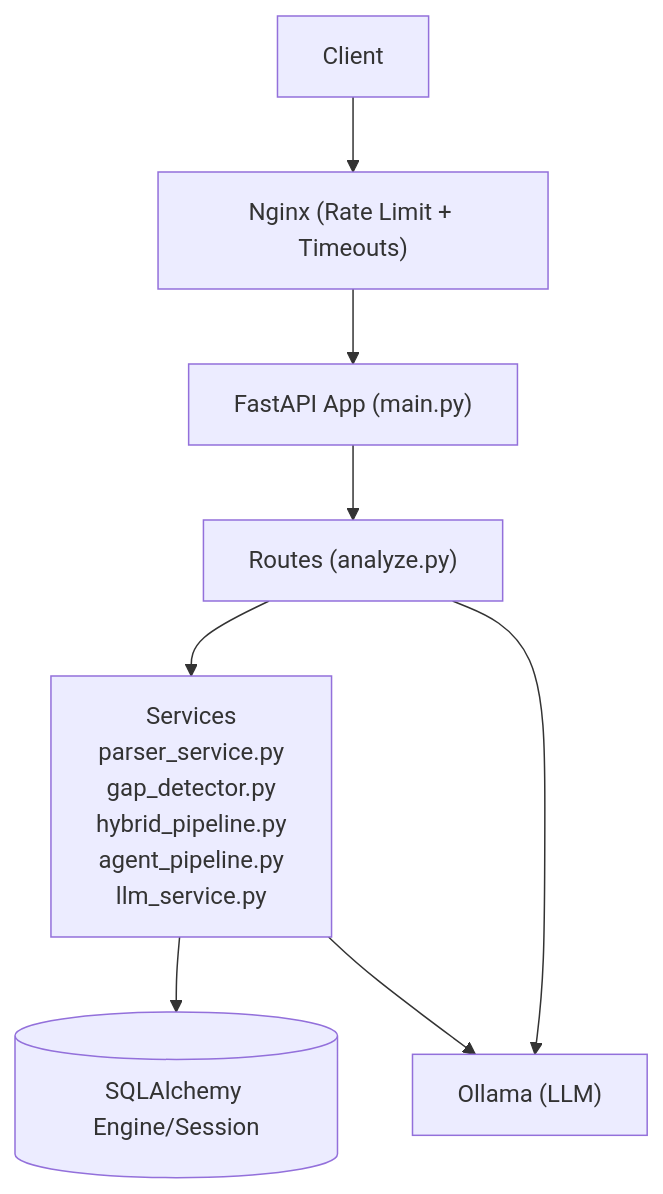
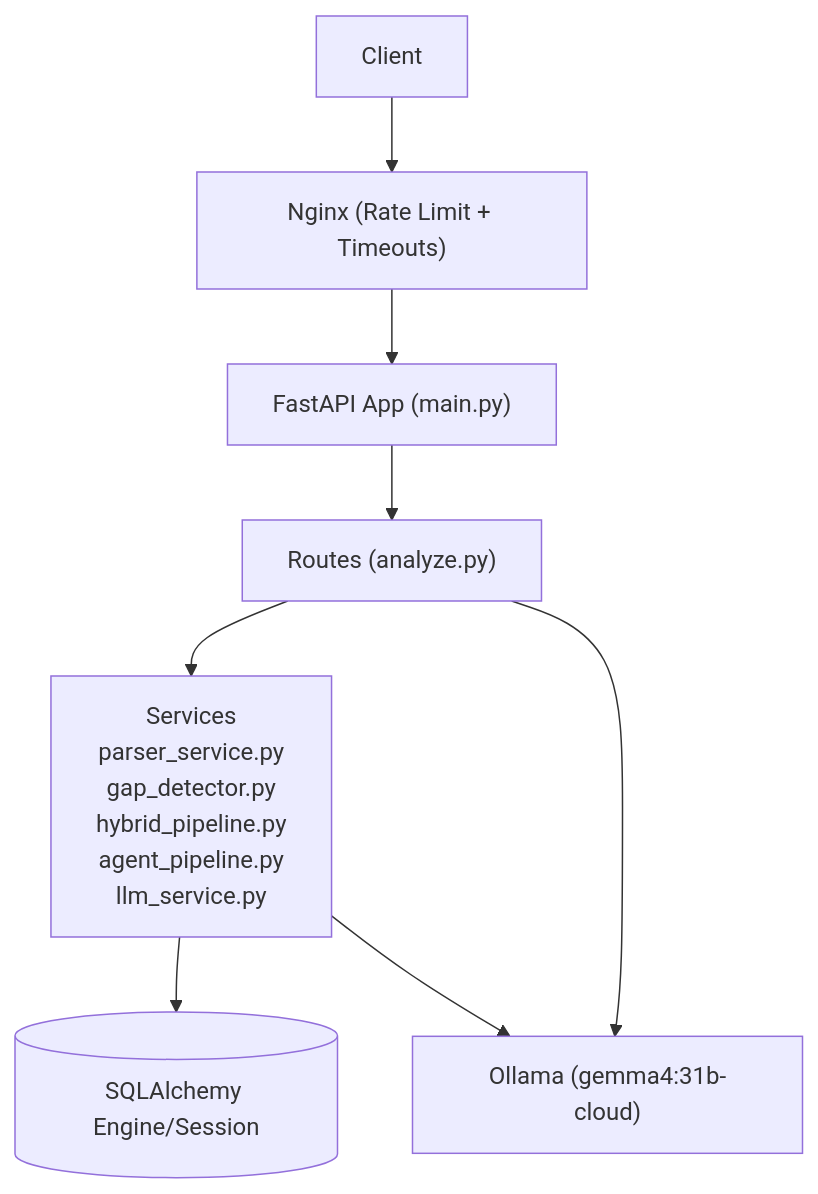
The first of 7 diagrams in .qoder/repowiki/en/content/Advanced Topics/Performance Optimization/Performance Optimization.md (Revanththetalogics/aireume), drawn with Mermaid before and after one commit. The commit also changed other lines of this file and 14 other files, not shown here.

````diff
--- a/.qoder/repowiki/en/content/Advanced Topics/Performance Optimization/Performance Optimization.md
+++ b/.qoder/repowiki/en/content/Advanced Topics/Performance Optimization/Performance Optimization.md
@@ -41,13 +55,13 @@
 ```mermaid
 graph TB
 Client["Client"]
 Nginx["Nginx (Rate Limit + Timeouts)"]
 API["FastAPI App (main.py)"]
 Routes["Routes (analyze.py)"]
 Services["Services<br/>parser_service.py<br/>gap_detector.py<br/>hybrid_pipeline.py<br/>agent_pipeline.py<br/>llm_service.py"]
 DB[("SQLAlchemy Engine/Session")]
-Ollama["Ollama (LLM)"]
+Ollama["Ollama (gemma4:31b-cloud)"]
 Client --> Nginx --> API --> Routes --> Services --> DB
 Routes --> Ollama
 Services --> Ollama
 ```
````
